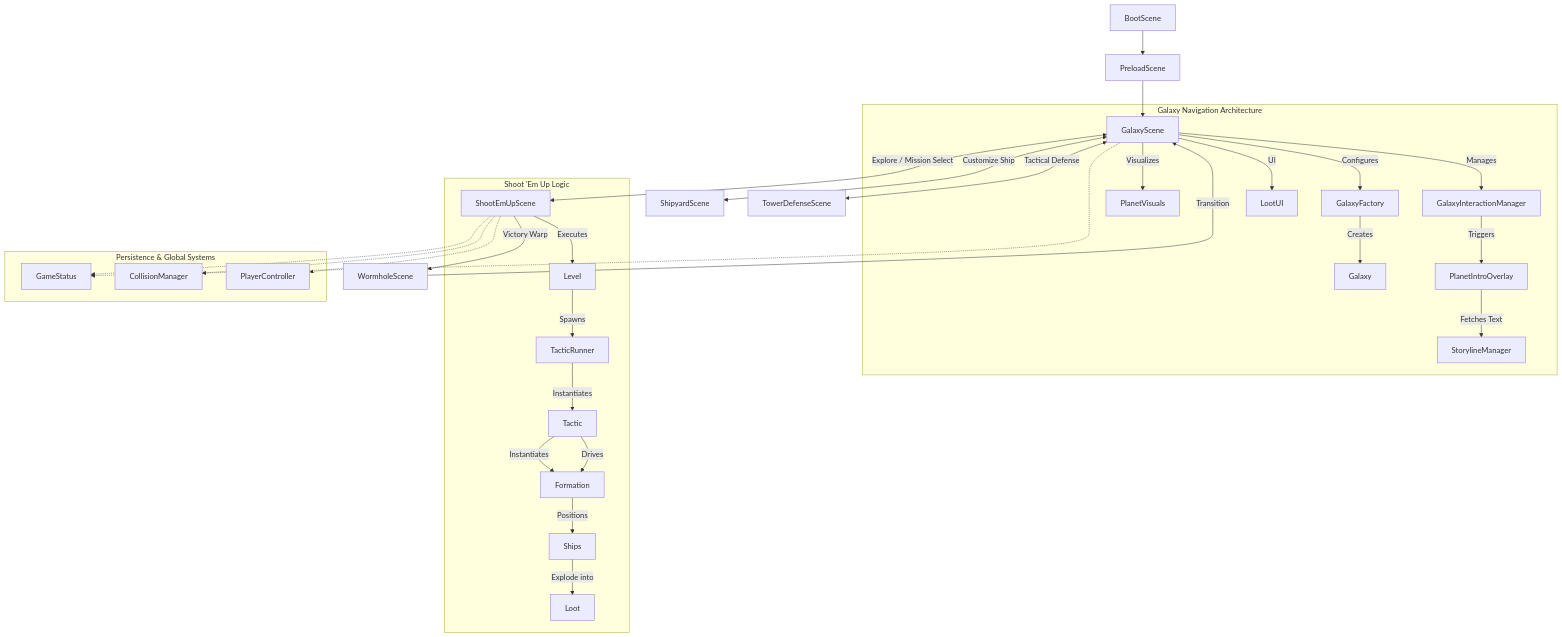
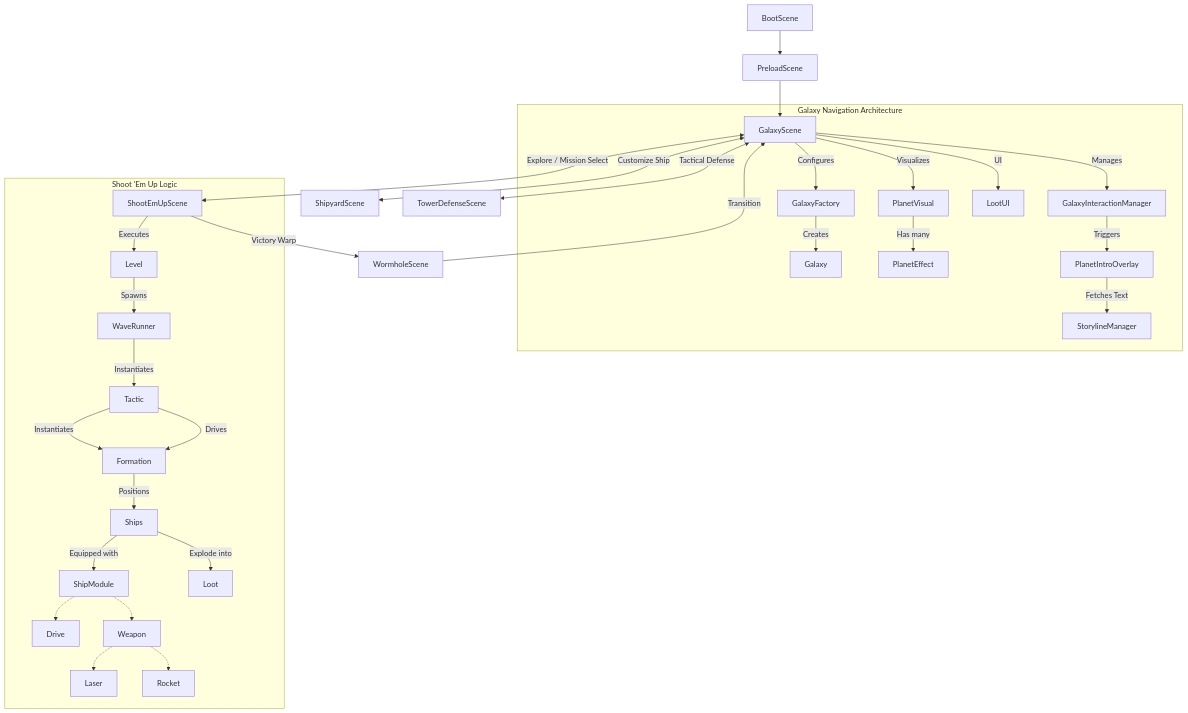
The diagram in TECHNICAL_README.md (pkcpkc/laser-phaser), drawn with Mermaid before and after one commit. The commit also changed other lines of this file and 88 other files, not shown here.

Commit message:
feat: Refactor storyline management for i18n, add laser and rocket hit effects, and update marker generation.

````diff
--- a/TECHNICAL_README.md
+++ b/TECHNICAL_README.md
@@ -38,46 +38,41 @@
 ```mermaid
 graph TD
     %% Global Initial Flow
     BootScene --> PreloadScene
     PreloadScene --> GalaxyScene
     
     %% Main Navigation
     GalaxyScene <--> |"Explore / Mission Select"| ShootEmUpScene
     GalaxyScene <--> |"Customize Ship"| ShipyardScene
     GalaxyScene <--> |"Tactical Defense"| TowerDefenseScene
     
     %% Warp Mechanics
     ShootEmUpScene --> |"Victory Warp"| WormholeScene
     WormholeScene --> |"Transition"| GalaxyScene
     
     subgraph "Galaxy Navigation Architecture"
         GalaxyScene --> |"Configures"| GalaxyFactory
         GalaxyFactory --> |"Creates"| Galaxy
-        GalaxyScene --> |"Visualizes"| PlanetVisuals
+        GalaxyScene --> |"Visualizes"| PlanetVisual
+        PlanetVisual --> |"Has many"| PlanetEffect
         GalaxyScene --> |"Manages"| GalaxyInteractionManager
         GalaxyScene --> |"UI"| LootUI
         GalaxyInteractionManager --> |"Triggers"| PlanetIntroOverlay
         PlanetIntroOverlay --> |"Fetches Text"| StorylineManager
     end
 
     subgraph "Shoot 'Em Up Logic"
         ShootEmUpScene --> |"Executes"| Level
-        Level --> |"Spawns"| TacticRunner
-        TacticRunner --> |"Instantiates"| Tactic
+        Level --> |"Spawns"| WaveRunner
+        WaveRunner --> |"Instantiates"| Tactic
         Tactic --> |"Instantiates"| Formation
         Tactic --> |"Drives"| Formation
         Formation --> |"Positions"| Ships
+        Ships --> |"Equipped with"| ShipModule
+        ShipModule -.-> Drive
+        ShipModule -.-> Weapon
+        Weapon -.-> Laser
+        Weapon -.-> Rocket
         Ships --> |"Explode into"| Loot
     end
-    
-    subgraph "Persistence & Global Systems"
-        GameStatus["GameStatus"]
-        CollisionManager["CollisionManager"]
-        PlayerController["PlayerController"]
-    end
-
-    GalaxyScene -.-> GameStatus
-    ShootEmUpScene -.-> GameStatus
-    ShootEmUpScene -.-> CollisionManager
-    ShootEmUpScene -.-> PlayerController
 ```
````
